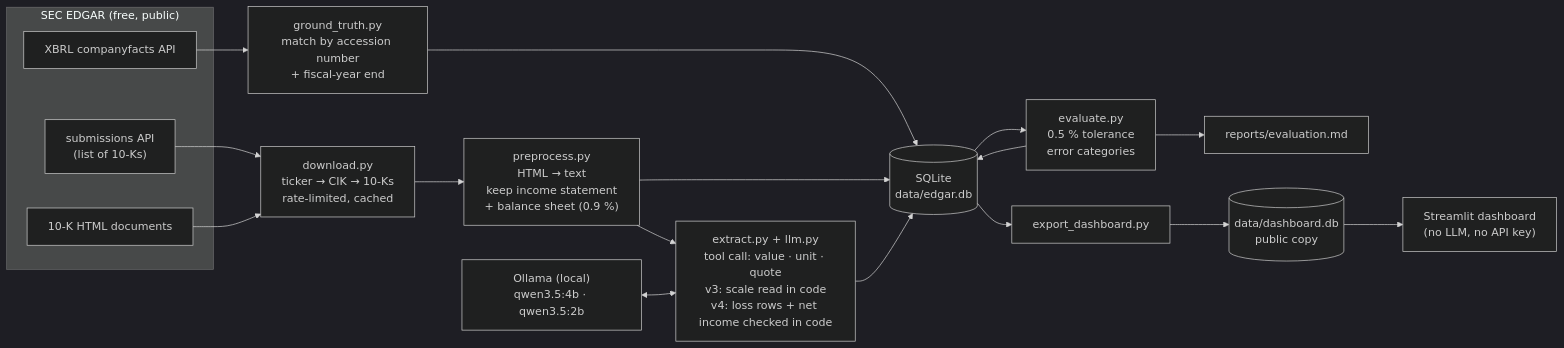
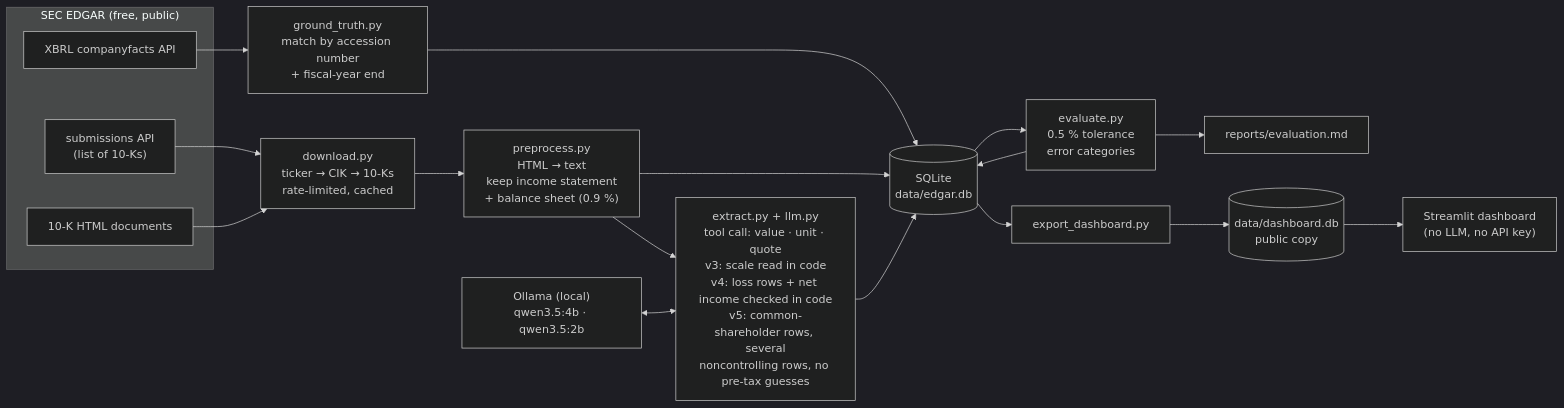
The diagram in README.md (maurizoffice-lgtm/edgar-extract), drawn with Mermaid (dark theme) before and after one commit. The commit also changed other lines of this file and 13 other files, not shown here.

````diff
--- a/README.md
+++ b/README.md
@@ -35,23 +35,23 @@
 ```mermaid
 flowchart LR
     subgraph SEC["SEC EDGAR (free, public)"]
         S["submissions API<br/>(list of 10-Ks)"]
         H["10-K HTML documents"]
         X["XBRL companyfacts API"]
     end
     S --> D["download.py<br/>ticker → CIK → 10-Ks<br/>rate-limited, cached"]
     H --> D
     X --> G["ground_truth.py<br/>match by accession number<br/>+ fiscal-year end"]
     D --> P["preprocess.py<br/>HTML → text<br/>keep income statement<br/>+ balance sheet (0.9 %)"]
-    P --> E["extract.py + llm.py<br/>tool call: value · unit · quote<br/>v3: scale read in code<br/>v4: loss rows + net income checked in code"]
+    P --> E["extract.py + llm.py<br/>tool call: value · unit · quote<br/>v3: scale read in code<br/>v4: loss rows + net income checked in code<br/>v5: common-shareholder rows, several<br/>noncontrolling rows, no pre-tax guesses"]
     O["Ollama (local)<br/>qwen3.5:4b · qwen3.5:2b"] <--> E
     G --> DB[("SQLite<br/>data/edgar.db")]
     P --> DB
     E --> DB
     DB --> V["evaluate.py<br/>0.5 % tolerance<br/>error categories"]
     V --> R["reports/evaluation.md"]
     V --> DB
     DB --> EX["export_dashboard.py"]
     EX --> DDB[("data/dashboard.db<br/>public copy")]
     DDB --> UI["Streamlit dashboard<br/>(no LLM, no API key)"]
 ```
````
